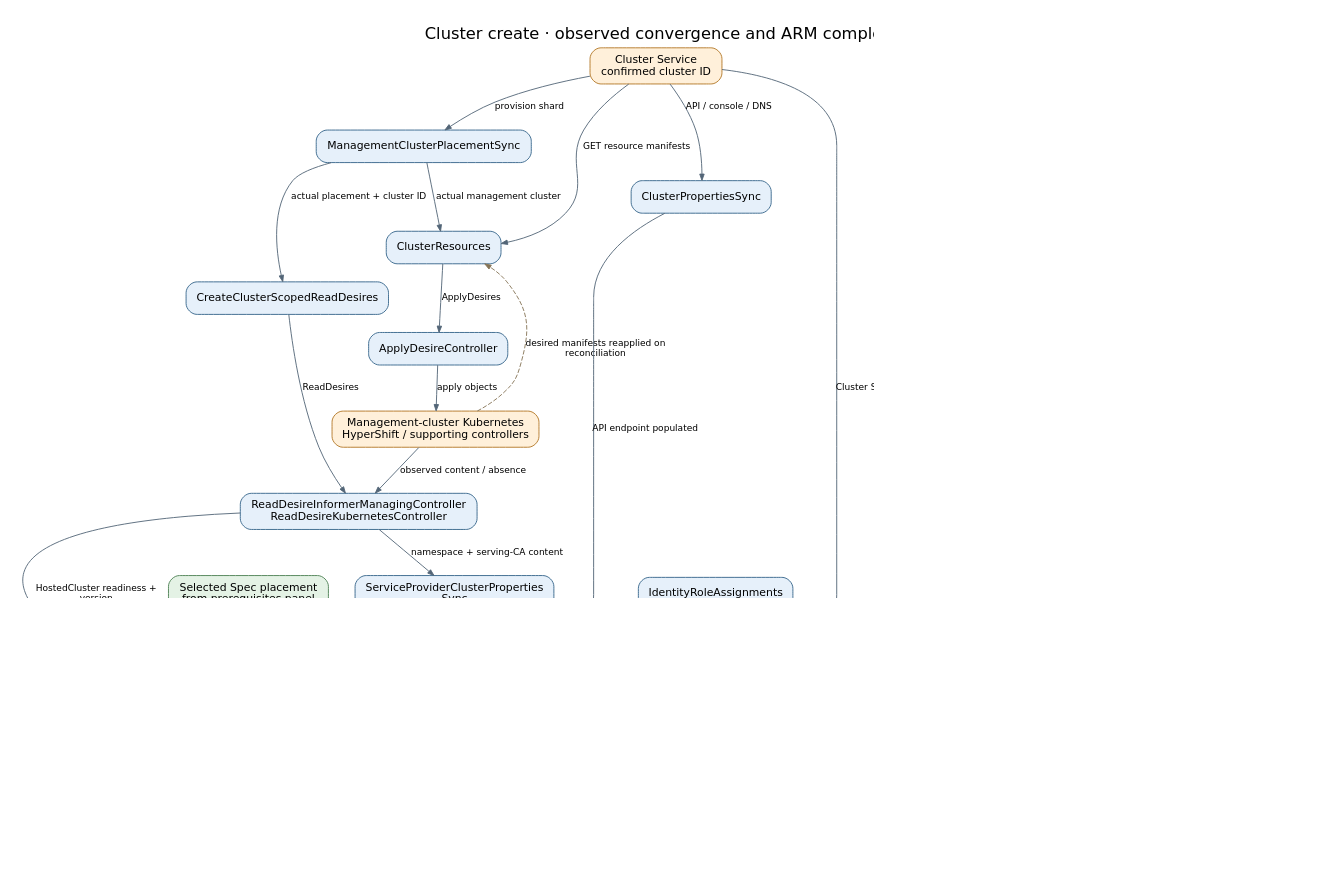
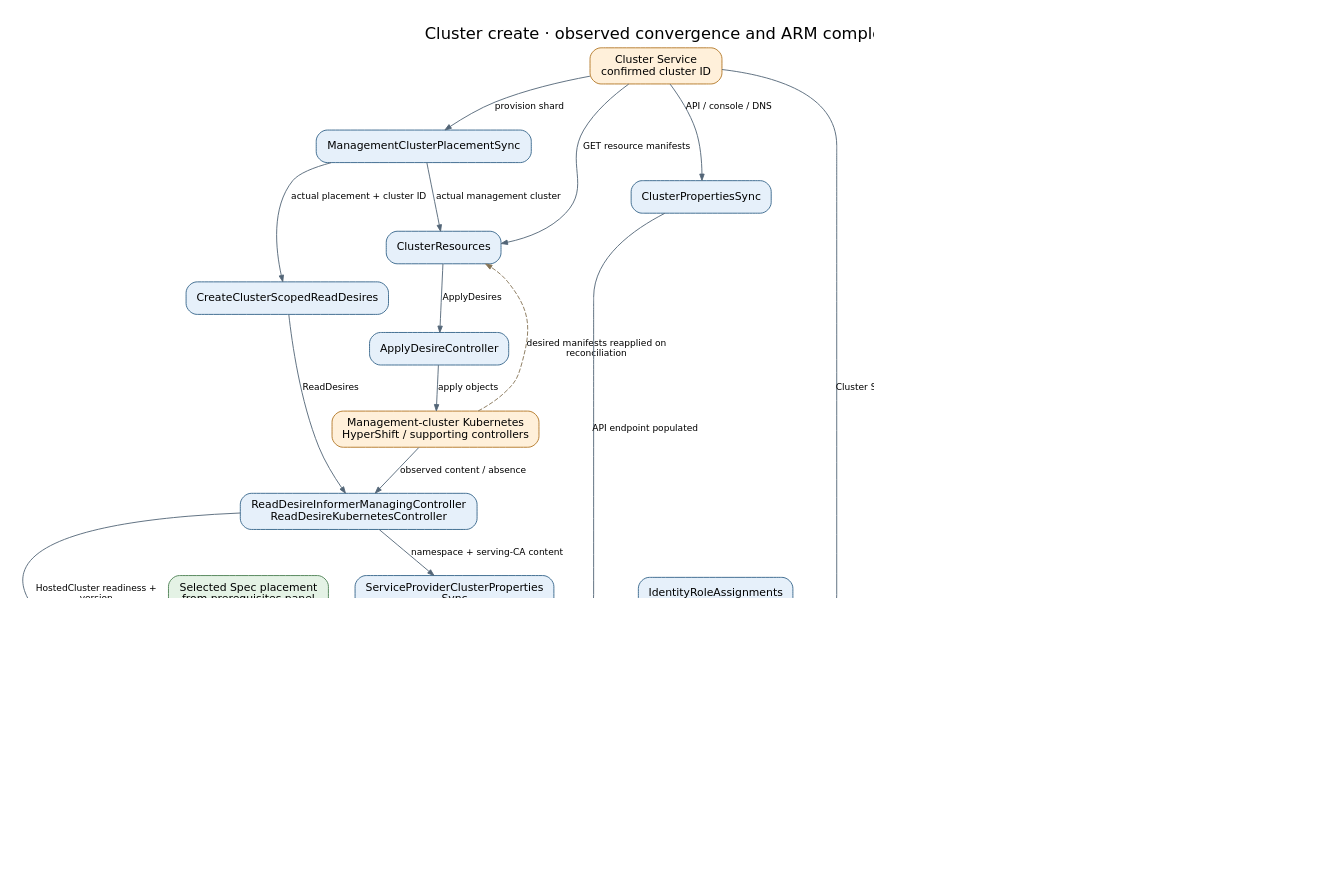
The diagram in docs/diagrams/controller-flows/cluster-convergence.dot (Azure/ARO-HCP), drawn with Graphviz before and after one commit. The commit also changed 24 other files, not shown here.

```diff
--- a/docs/diagrams/controller-flows/cluster-convergence.dot
+++ b/docs/diagrams/controller-flows/cluster-convergence.dot
@@ -1,48 +1,49 @@
 digraph cluster_convergence {
   graph [rankdir=TB, bgcolor="white", pad="0.3", nodesep="0.4", ranksep="0.55", fontname="DejaVu Sans", fontsize=18, labelloc=t, label="Cluster create · observed convergence and ARM completion", dpi=110];
   node [shape=box, style="rounded,filled", fillcolor="#e6f0fa", color="#35648a", fontname="DejaVu Sans", fontsize=12, margin="0.16,0.10"];
   edge [color="#536577", fontname="DejaVu Sans", fontsize=10, arrowsize=0.7];
   cs [label="Cluster Service\nconfirmed cluster ID", fillcolor="#fff0da", color="#b27624"];
   place [label="ManagementClusterPlacementSync", fillcolor="#e6f0fa", color="#35648a"];
   resources [label="ClusterResources", fillcolor="#e6f0fa", color="#35648a"];
   read [label="CreateClusterScopedReadDesires", fillcolor="#e6f0fa", color="#35648a"];
   apply [label="ApplyDesireController", fillcolor="#e6f0fa", color="#35648a"];
   kube [label="Management-cluster Kubernetes\nHyperShift / supporting controllers", fillcolor="#fff0da", color="#b27624"];
   mirror [label="ReadDesireInformerManagingController\nReadDesireKubernetesController", fillcolor="#e6f0fa", color="#35648a"];
   props [label="ServiceProviderClusterProperties\nSync", fillcolor="#e6f0fa", color="#35648a"];
   armprops [label="ClusterPropertiesSync", fillcolor="#e6f0fa", color="#35648a"];
   role [label="IdentityRoleAssignments", fillcolor="#e6f0fa", color="#35648a"];
   azure [label="Azure role assignments\nconfirmed group + resolved identities", fillcolor="#fff0da", color="#b27624"];
   validation [label="Cluster validation controllers\nServiceProviderCluster.Status.Validations", fillcolor="#e6f0fa", color="#35648a"];
   op [label="OperationClusterCreate", fillcolor="#e6f0fa", color="#35648a"];
   done [label="ARM operation Succeeded\nActiveOperationID cleared", fillcolor="#e4f2e5", color="#4c8053"];
   uid [label="BackfillClusterUID", fillcolor="#e6f0fa", color="#35648a"];
   billing [label="CreateBillingDoc", fillcolor="#e6f0fa", color="#35648a"];
   cs -> place [label="provision shard"];
   place -> resources [label="actual management cluster"];
   cs -> resources [label="GET resource manifests"];
   place -> read [label="actual placement + cluster ID"];
   resources -> apply [label="ApplyDesires"];
   apply -> kube [label="apply objects"];
   read -> mirror [label="ReadDesires"];
   kube -> mirror [label="observed content / absence"];
   mirror -> props [label="namespace + serving-CA content"];
   cs -> armprops [label="API / console / DNS"];
   selected [label="Selected Spec placement\nfrom prerequisites panel", fillcolor="#e4f2e5", color="#4c8053"];
   selected -> op [label="placement completion"];
   cs -> op [label="Cluster Service state"];
   mirror -> op [label="HostedCluster readiness +\nversion"];
   props -> op [label="serving CA populated"];
   armprops -> op [label="API endpoint populated"];
   role -> azure [label="GET / create missing"];
   role -> op [label="confirmed nonempty; none\npending"];
   validation -> op [label="False: Provisioning + InvalidResource;\nfailure and operation each >= 5m: Failed;\nall True: ready"];
   op -> done [label="all completion checks\nsatisfied"];
-  failed [label="ARM operation Failed\nInvalidResource", fillcolor="#fbe8e5", color="#a64f43"];
-  op -> failed [label="any validation False >= 5m\nand operation age >= 5m"];
+  failed [label="ARM operation Failed\nselected error code", fillcolor="#fbe8e5", color="#a64f43"];
+  op -> failed [label="any validation False >= 5m\nand operation age >= 5m: InvalidResource"];
+  op -> failed [label="pending past deadline: selected code + reasons;\nonly InternalServerError becomes DeadlineExceeded"];
   done -> billing [label="Succeeded; billing reference\nmissing"];
   uid -> billing [label="ClusterUID available"];
   azure -> role [label="created stays pending until\nGET confirms", style=dashed, color="#857456", constraint=false];
   op -> op [label="pending: observe again", style=dashed, color="#857456", constraint=false];
   kube -> resources [label="desired manifests reapplied on\nreconciliation", style=dashed, color="#857456", constraint=false];
 }
```
